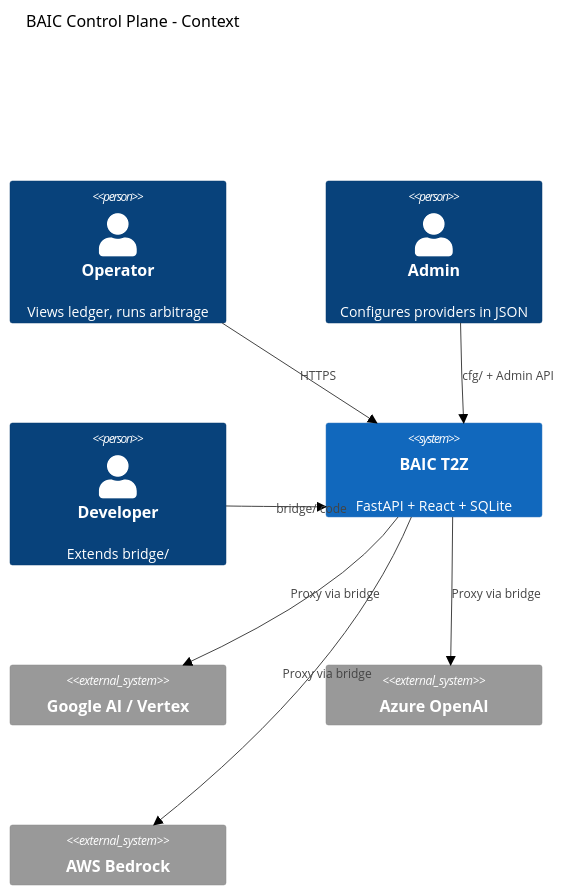
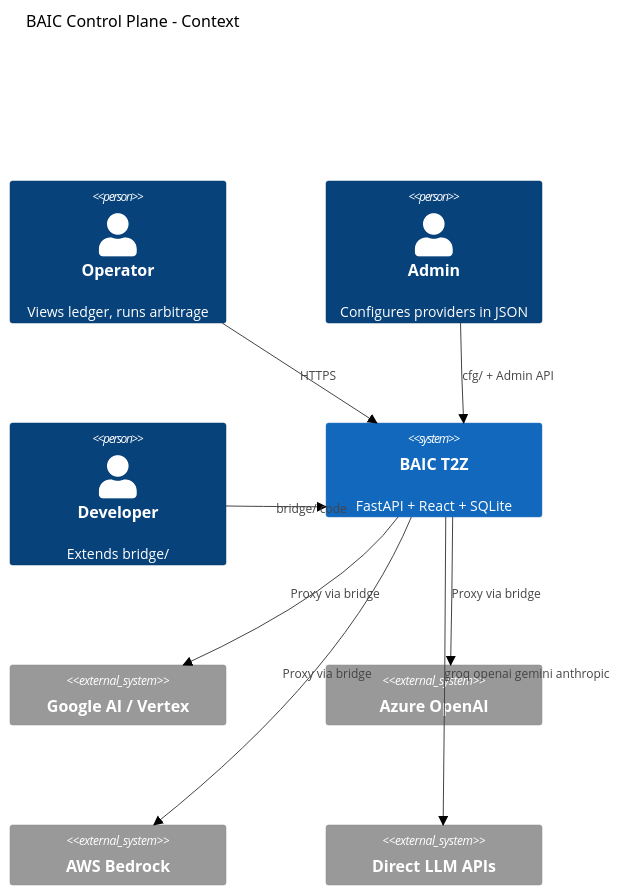
The first of 4 diagrams in BAIC docs/baic_design.md (AgentDraven/BAIC), drawn with Mermaid (neutral theme) before and after one commit. The commit also changed other lines of this file and 5 other files, not shown here.

````diff
--- a/BAIC docs/baic_design.md
+++ b/BAIC docs/baic_design.md
@@ -15,17 +18,19 @@
 ```mermaid
 C4Context
   title BAIC Control Plane - Context
   Person(operator, "Operator", "Views ledger, runs arbitrage")
   Person(admin, "Admin", "Configures providers in JSON")
   Person(dev, "Developer", "Extends bridge/")
   System(baic, "BAIC T2Z", "FastAPI + React + SQLite")
   System_Ext(google, "Google AI / Vertex")
   System_Ext(azure, "Azure OpenAI")
   System_Ext(aws, "AWS Bedrock")
+  System_Ext(llm, "Direct LLM APIs")
   Rel(operator, baic, "HTTPS")
   Rel(admin, baic, "cfg/ + Admin API")
   Rel(dev, baic, "bridge/ code")
   Rel(baic, google, "Proxy via bridge")
   Rel(baic, azure, "Proxy via bridge")
   Rel(baic, aws, "Proxy via bridge")
+  Rel(baic, llm, "groq openai gemini anthropic")
 ```
````
